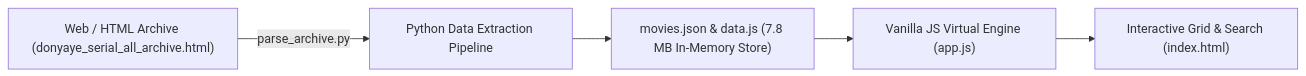
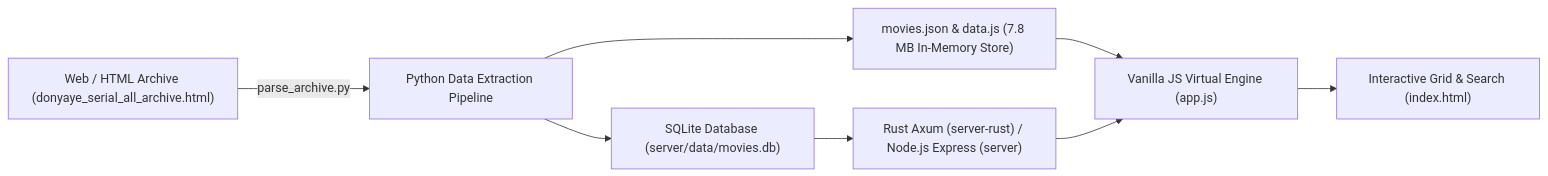
The diagram in README.md (sad-sat/Film_offline_Iran), drawn with Mermaid before and after one commit. The commit also changed other lines of this file and 215 other files, not shown here.

````diff
--- a/README.md
+++ b/README.md
@@ -46,7 +41,10 @@
 ```mermaid
 graph LR
     HTML["Web / HTML Archive (donyaye_serial_all_archive.html)"] -->|parse_archive.py| Parser["Python Data Extraction Pipeline"]
     Parser --> JSON["movies.json & data.js (7.8 MB In-Memory Store)"]
+    Parser --> DB["SQLite Database (server/data/movies.db)"]
+    DB --> Backend["Rust Axum (server-rust) / Node.js Express (server)"]
     JSON --> App["Vanilla JS Virtual Engine (app.js)"]
+    Backend --> App
     App --> UI["Interactive Grid & Search (index.html)"]
 ```
````
